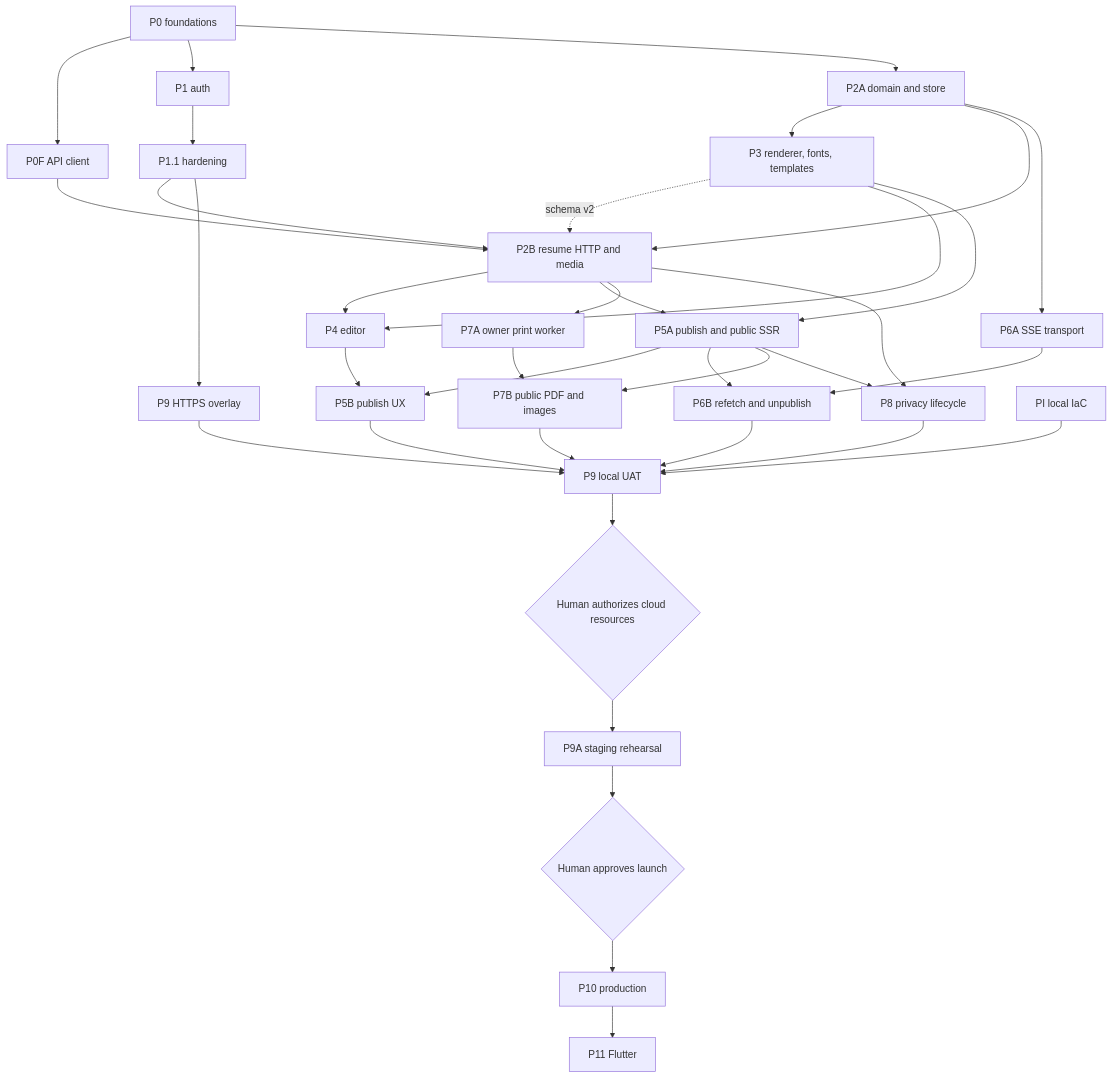
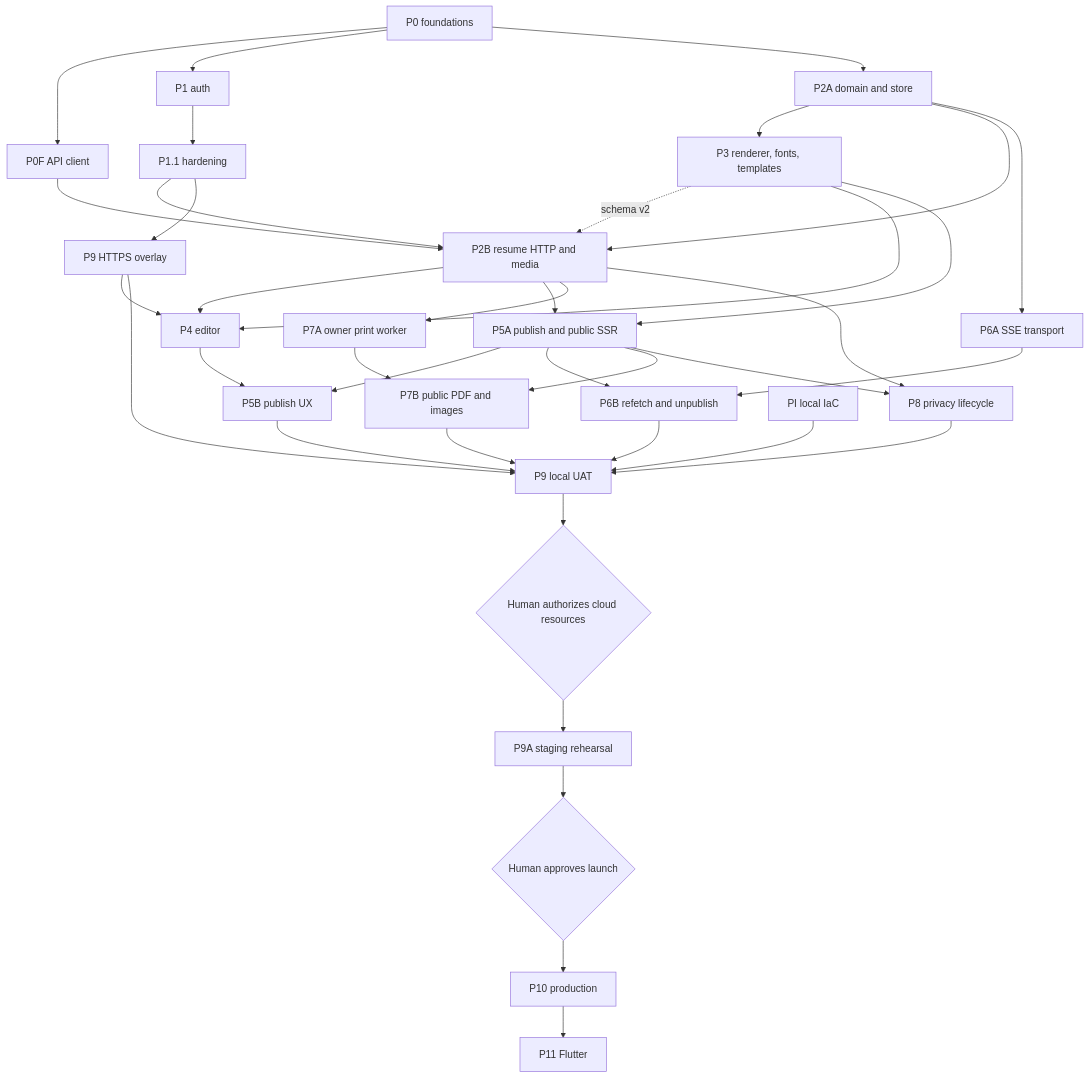
Before and after one commit to dannyota/aboutme: the diagram in docs/plans/implementation-plan.md, drawn with Mermaid. The commit also changed other lines of this file and 48 other files, not shown here.

````diff
--- a/docs/plans/implementation-plan.md
+++ b/docs/plans/implementation-plan.md
@@ -67,38 +87,39 @@
 ```mermaid
 graph TD
     P0[P0 foundations] --> P0F[P0F API client]
     P0 --> P1[P1 auth]
     P1 --> P11[P1.1 hardening]
     P0 --> P2A[P2A domain and store]
     P2A --> P3[P3 renderer, fonts, templates]
     P2A --> P2B[P2B resume HTTP and media]
     P0F --> P2B
     P11 --> P2B
     P3 -. schema v2 .-> P2B
     P2B --> P4[P4 editor]
     P3 --> P4
+    P9H --> P4
     P2B --> P5A[P5A publish and public SSR]
     P3 --> P5A
     P4 --> P5B[P5B publish UX]
     P5A --> P5B
     P2A --> P6A[P6A SSE transport]
     P5A --> P6B[P6B refetch and unpublish]
     P6A --> P6B
     P2B --> P7A[P7A owner print worker]
     P5A --> P7B[P7B public PDF and images]
     P7A --> P7B
     P2B --> P8P[P8 privacy lifecycle]
     P5A --> P8P
     P11 --> P9H[P9 HTTPS overlay]
     P5B --> P9[P9 local UAT]
     P6B --> P9
     P7B --> P9
     P8P --> P9
     P9H --> P9
     PI[PI local IaC] --> P9
     P9 --> AUTH{Human authorizes cloud resources}
     AUTH --> P9A[P9A staging rehearsal]
     P9A --> LAUNCH{Human approves launch}
     LAUNCH --> P10[P10 production]
     P10 --> P11M[P11 Flutter]
 ```
````
